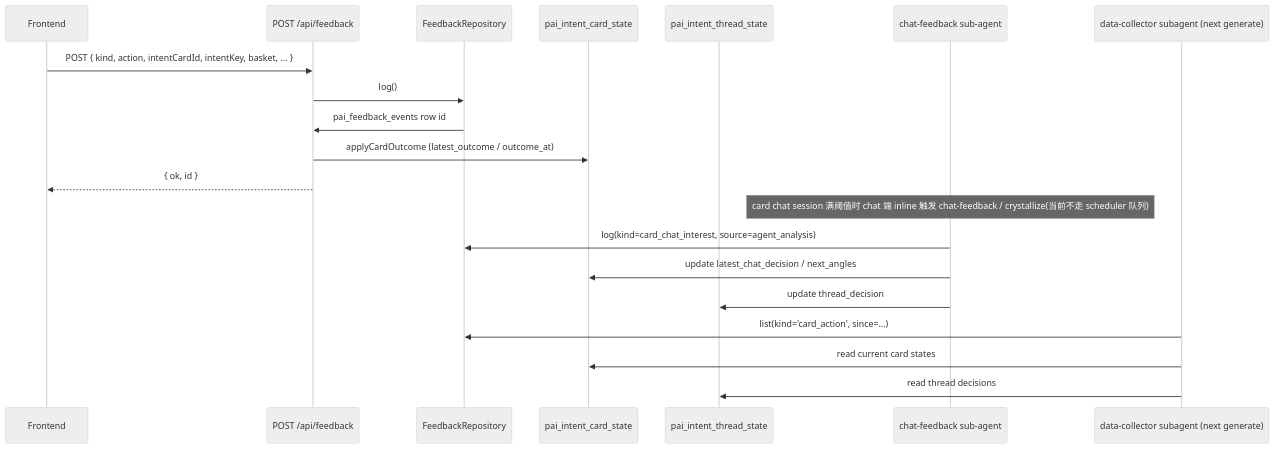
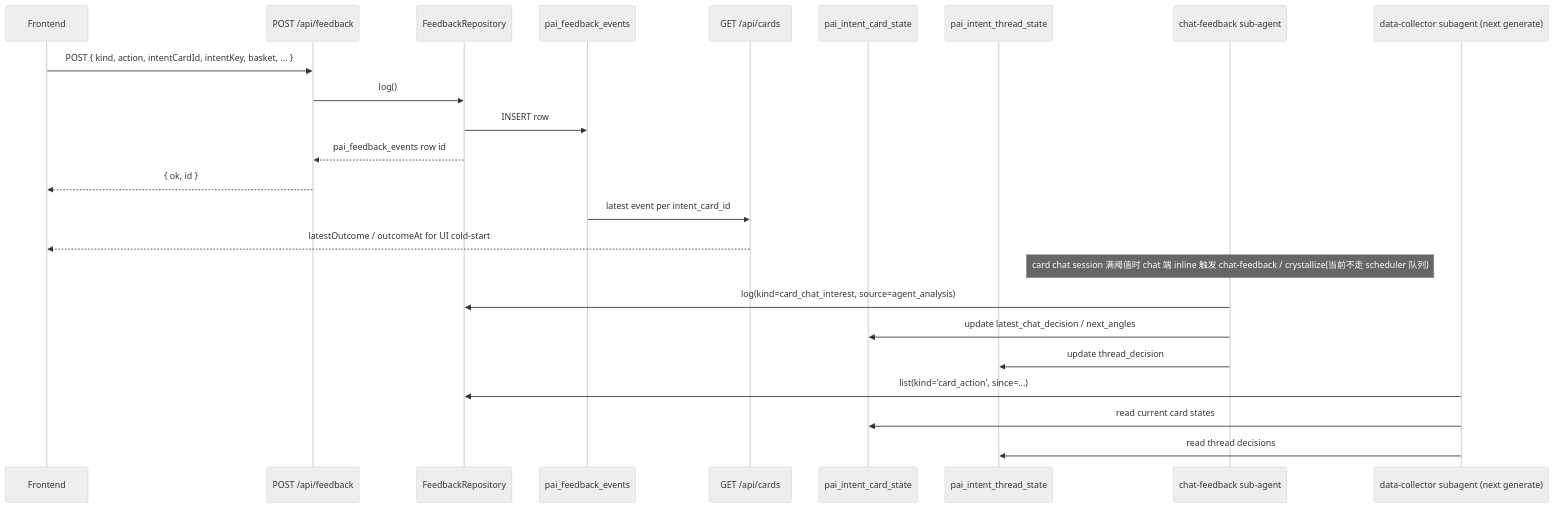
One commit to Edge-AI-HQ/proactive-assistant changed the second of 2 diagrams in docs/modules/feedback.mdx. Above: the diagram before and after it, drawn with Mermaid (neutral theme). The commit also changed other lines of this file and 12 other files, not shown here.

````diff
--- a/docs/modules/feedback.mdx
+++ b/docs/modules/feedback.mdx
@@ -103,25 +104,29 @@
 ```mermaid
 sequenceDiagram
   participant UI as Frontend
   participant R as POST /api/feedback
   participant Repo as FeedbackRepository
+  participant Events as pai_feedback_events
+  participant Cards as GET /api/cards
   participant CS as pai_intent_card_state
   participant TS as pai_intent_thread_state
   participant CFA as chat-feedback sub-agent
   participant Gen as data-collector subagent (next generate)
 
   UI->>R: POST { kind, action, intentCardId, intentKey, basket, ... }
   R->>Repo: log()
-  Repo->>R: pai_feedback_events row id
-  R->>CS: applyCardOutcome (latest_outcome / outcome_at)
+  Repo->>Events: INSERT row
+  Repo-->>R: pai_feedback_events row id
   R-->>UI: { ok, id }
+  Events->>Cards: latest event per intent_card_id
+  Cards-->>UI: latestOutcome / outcomeAt for UI cold-start
 
   Note over CFA: card chat session 满阈值时 chat 端 inline 触发 chat-feedback / crystallize(当前不走 scheduler 队列)
   CFA->>Repo: log(kind=card_chat_interest, source=agent_analysis)
   CFA->>CS: update latest_chat_decision / next_angles
   CFA->>TS: update thread_decision
 
   Gen->>Repo: list(kind='card_action', since=...)
   Gen->>CS: read current card states
   Gen->>TS: read thread decisions
 ```
````
